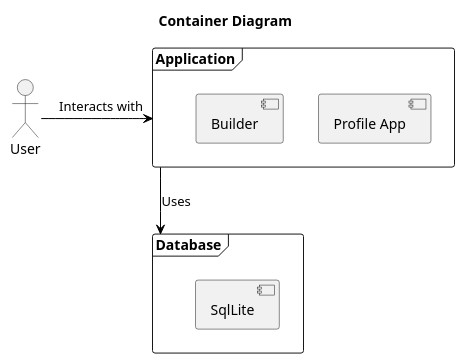
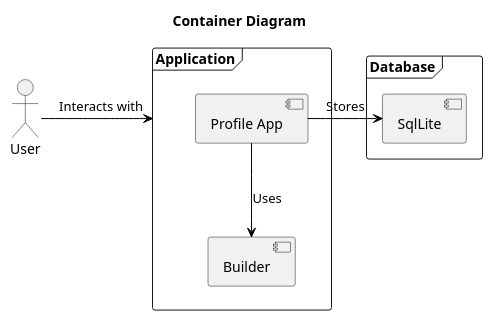
One commit to braboj/the-great-wall changed the diagram in assets/plantuml/C4_L2_containers.puml. Above: the diagram before and after it, drawn with PlantUML. The commit also changed 12 other files, not shown here.

Commit message:
(#16) - Update the plantuml diagrams

```diff
--- a/assets/plantuml/C4_L2_containers.puml
+++ b/assets/plantuml/C4_L2_containers.puml
@@ -1,31 +1,32 @@
 @startuml
 
 title Container Diagram
 
 skinparam {
     PackageStyle Frame
     ArrowColor #000000
     BackgroundColor #ffffff
     BorderColor #b0b0b0
 '    linetype polyline
 '    linetype ortho
 '    nodesep 150
 '    ranksep 100
 }
 
 actor User as user
 
 package Application {
     [Profile App] as profiles
     [Builder] as builder
 }
 
 package Database {
     [SqlLite] as db
 }
 
+profiles --> builder : Uses
 user -right-> Application : Interacts with
-Application --> Database : Uses
+profiles -right-> db : Stores
 
 
 @enduml
```
